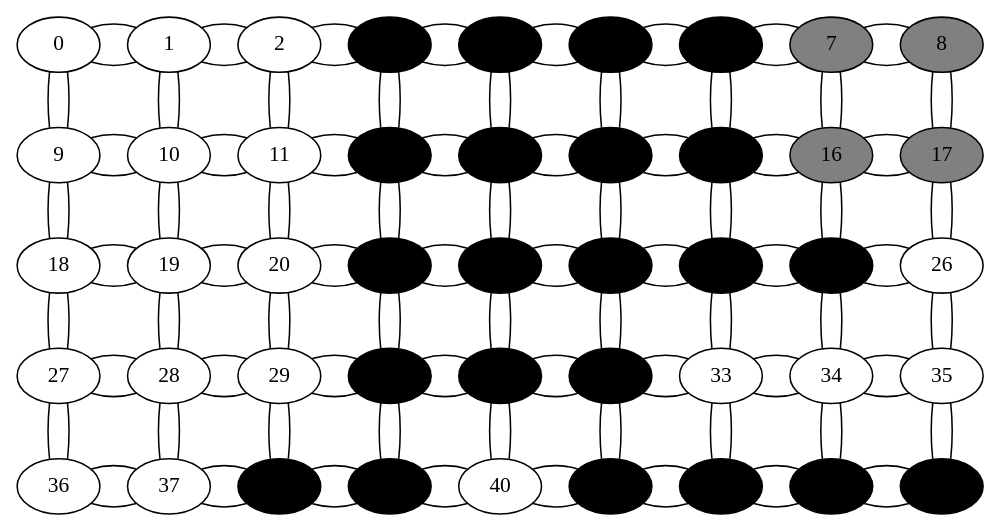
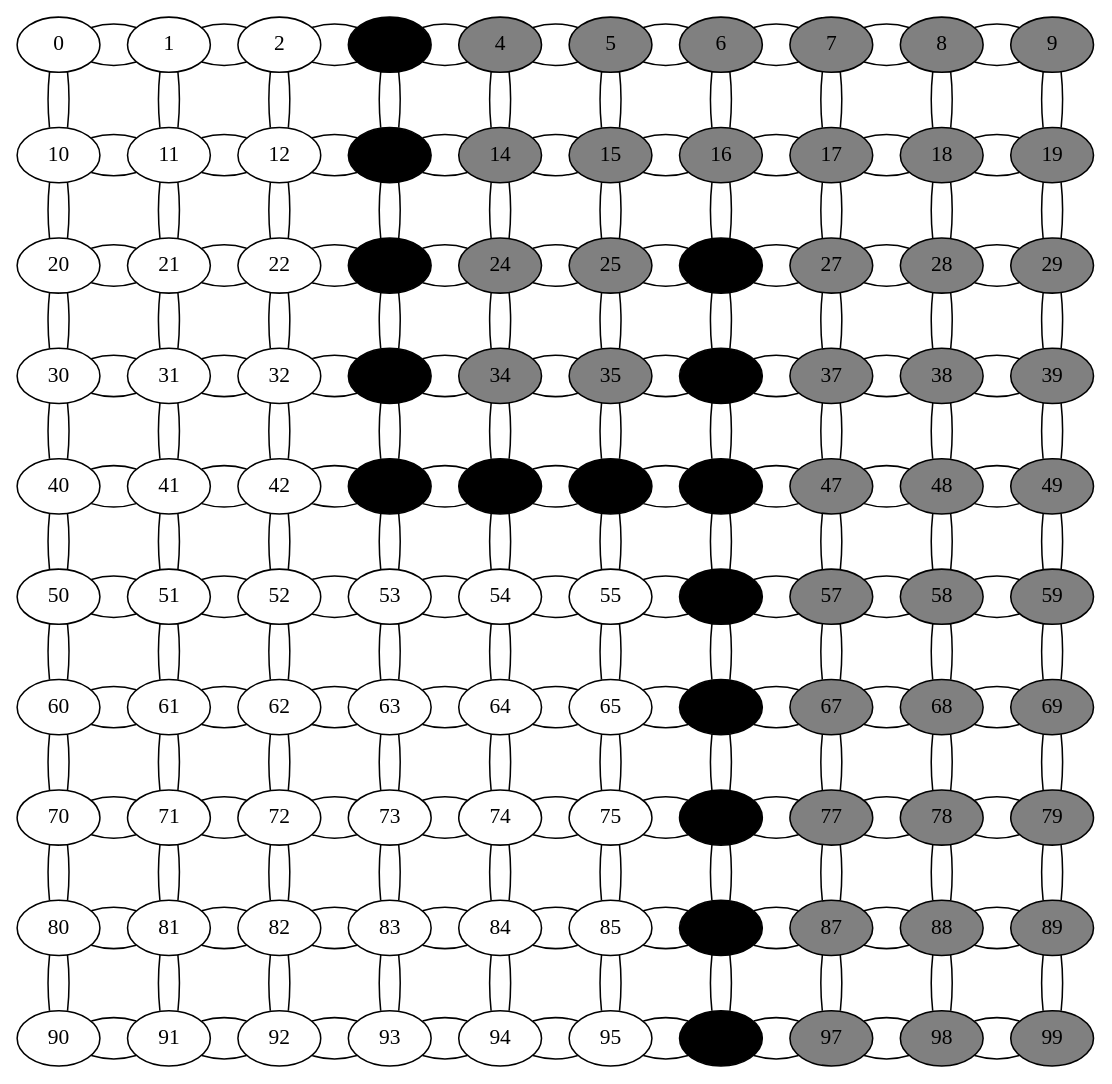
Before and after one commit to IsacSouzaCampos/grafo_c-: the diagram in graphviz.dot, drawn with Graphviz. The commit also changed 3 other files, not shown here.

```diff
--- a/graphviz.dot
+++ b/graphviz.dot
@@ -1,185 +1,427 @@
 digraph G {
 0->1[arrowhead = "none"]
-0->9[arrowhead = "none"]
+0->10[arrowhead = "none"]
 1->0[arrowhead = "none"]
 1->2[arrowhead = "none"]
-1->10[arrowhead = "none"]
+1->11[arrowhead = "none"]
 2->1[arrowhead = "none"]
 2->3[arrowhead = "none"]
-2->11[arrowhead = "none"]
+2->12[arrowhead = "none"]
 3->2[arrowhead = "none"]
 3->4[arrowhead = "none"]
-3->12[arrowhead = "none"]
+3->13[arrowhead = "none"]
 4->3[arrowhead = "none"]
 4->5[arrowhead = "none"]
-4->13[arrowhead = "none"]
+4->14[arrowhead = "none"]
 5->4[arrowhead = "none"]
 5->6[arrowhead = "none"]
-5->14[arrowhead = "none"]
+5->15[arrowhead = "none"]
 6->5[arrowhead = "none"]
 6->7[arrowhead = "none"]
-6->15[arrowhead = "none"]
+6->16[arrowhead = "none"]
 7->6[arrowhead = "none"]
 7->8[arrowhead = "none"]
-7->16[arrowhead = "none"]
+7->17[arrowhead = "none"]
 8->7[arrowhead = "none"]
-8->17[arrowhead = "none"]
-9->10[arrowhead = "none"]
-9->0[arrowhead = "none"]
-9->18[arrowhead = "none"]
-10->9[arrowhead = "none"]
+8->9[arrowhead = "none"]
+8->18[arrowhead = "none"]
+9->8[arrowhead = "none"]
+9->19[arrowhead = "none"]
 10->11[arrowhead = "none"]
-10->1[arrowhead = "none"]
-10->19[arrowhead = "none"]
+10->0[arrowhead = "none"]
+10->20[arrowhead = "none"]
 11->10[arrowhead = "none"]
 11->12[arrowhead = "none"]
-11->2[arrowhead = "none"]
-11->20[arrowhead = "none"]
+11->1[arrowhead = "none"]
+11->21[arrowhead = "none"]
 12->11[arrowhead = "none"]
 12->13[arrowhead = "none"]
-12->3[arrowhead = "none"]
-12->21[arrowhead = "none"]
+12->2[arrowhead = "none"]
+12->22[arrowhead = "none"]
 13->12[arrowhead = "none"]
 13->14[arrowhead = "none"]
-13->4[arrowhead = "none"]
-13->22[arrowhead = "none"]
+13->3[arrowhead = "none"]
+13->23[arrowhead = "none"]
 14->13[arrowhead = "none"]
 14->15[arrowhead = "none"]
-14->5[arrowhead = "none"]
-14->23[arrowhead = "none"]
+14->4[arrowhead = "none"]
+14->24[arrowhead = "none"]
 15->14[arrowhead = "none"]
 15->16[arrowhead = "none"]
-15->6[arrowhead = "none"]
-15->24[arrowhead = "none"]
+15->5[arrowhead = "none"]
+15->25[arrowhead = "none"]
 16->15[arrowhead = "none"]
 16->17[arrowhead = "none"]
-16->7[arrowhead = "none"]
-16->25[arrowhead = "none"]
+16->6[arrowhead = "none"]
+16->26[arrowhead = "none"]
 17->16[arrowhead = "none"]
-17->8[arrowhead = "none"]
-17->26[arrowhead = "none"]
+17->18[arrowhead = "none"]
+17->7[arrowhead = "none"]
+17->27[arrowhead = "none"]
+18->17[arrowhead = "none"]
 18->19[arrowhead = "none"]
-18->9[arrowhead = "none"]
-18->27[arrowhead = "none"]
+18->8[arrowhead = "none"]
+18->28[arrowhead = "none"]
 19->18[arrowhead = "none"]
-19->20[arrowhead = "none"]
-19->10[arrowhead = "none"]
-19->28[arrowhead = "none"]
-20->19[arrowhead = "none"]
+19->9[arrowhead = "none"]
+19->29[arrowhead = "none"]
 20->21[arrowhead = "none"]
-20->11[arrowhead = "none"]
-20->29[arrowhead = "none"]
+20->10[arrowhead = "none"]
+20->30[arrowhead = "none"]
 21->20[arrowhead = "none"]
 21->22[arrowhead = "none"]
-21->12[arrowhead = "none"]
-21->30[arrowhead = "none"]
+21->11[arrowhead = "none"]
+21->31[arrowhead = "none"]
 22->21[arrowhead = "none"]
 22->23[arrowhead = "none"]
-22->13[arrowhead = "none"]
-22->31[arrowhead = "none"]
+22->12[arrowhead = "none"]
+22->32[arrowhead = "none"]
 23->22[arrowhead = "none"]
 23->24[arrowhead = "none"]
-23->14[arrowhead = "none"]
-23->32[arrowhead = "none"]
+23->13[arrowhead = "none"]
+23->33[arrowhead = "none"]
 24->23[arrowhead = "none"]
 24->25[arrowhead = "none"]
-24->15[arrowhead = "none"]
-24->33[arrowhead = "none"]
+24->14[arrowhead = "none"]
+24->34[arrowhead = "none"]
 25->24[arrowhead = "none"]
 25->26[arrowhead = "none"]
-25->16[arrowhead = "none"]
-25->34[arrowhead = "none"]
+25->15[arrowhead = "none"]
+25->35[arrowhead = "none"]
 26->25[arrowhead = "none"]
-26->17[arrowhead = "none"]
-26->35[arrowhead = "none"]
+26->27[arrowhead = "none"]
+26->16[arrowhead = "none"]
+26->36[arrowhead = "none"]
+27->26[arrowhead = "none"]
 27->28[arrowhead = "none"]
-27->18[arrowhead = "none"]
-27->36[arrowhead = "none"]
+27->17[arrowhead = "none"]
+27->37[arrowhead = "none"]
 28->27[arrowhead = "none"]
 28->29[arrowhead = "none"]
-28->19[arrowhead = "none"]
-28->37[arrowhead = "none"]
+28->18[arrowhead = "none"]
+28->38[arrowhead = "none"]
 29->28[arrowhead = "none"]
-29->30[arrowhead = "none"]
-29->20[arrowhead = "none"]
-29->38[arrowhead = "none"]
-30->29[arrowhead = "none"]
+29->19[arrowhead = "none"]
+29->39[arrowhead = "none"]
 30->31[arrowhead = "none"]
-30->21[arrowhead = "none"]
-30->39[arrowhead = "none"]
+30->20[arrowhead = "none"]
+30->40[arrowhead = "none"]
 31->30[arrowhead = "none"]
 31->32[arrowhead = "none"]
-31->22[arrowhead = "none"]
-31->40[arrowhead = "none"]
+31->21[arrowhead = "none"]
+31->41[arrowhead = "none"]
 32->31[arrowhead = "none"]
 32->33[arrowhead = "none"]
-32->23[arrowhead = "none"]
-32->41[arrowhead = "none"]
+32->22[arrowhead = "none"]
+32->42[arrowhead = "none"]
 33->32[arrowhead = "none"]
 33->34[arrowhead = "none"]
-33->24[arrowhead = "none"]
-33->42[arrowhead = "none"]
+33->23[arrowhead = "none"]
+33->43[arrowhead = "none"]
 34->33[arrowhead = "none"]
 34->35[arrowhead = "none"]
-34->25[arrowhead = "none"]
-34->43[arrowhead = "none"]
+34->24[arrowhead = "none"]
+34->44[arrowhead = "none"]
 35->34[arrowhead = "none"]
-35->26[arrowhead = "none"]
-35->44[arrowhead = "none"]
+35->36[arrowhead = "none"]
+35->25[arrowhead = "none"]
+35->45[arrowhead = "none"]
+36->35[arrowhead = "none"]
 36->37[arrowhead = "none"]
-36->27[arrowhead = "none"]
+36->26[arrowhead = "none"]
+36->46[arrowhead = "none"]
 37->36[arrowhead = "none"]
 37->38[arrowhead = "none"]
-37->28[arrowhead = "none"]
+37->27[arrowhead = "none"]
+37->47[arrowhead = "none"]
 38->37[arrowhead = "none"]
 38->39[arrowhead = "none"]
-38->29[arrowhead = "none"]
+38->28[arrowhead = "none"]
+38->48[arrowhead = "none"]
 39->38[arrowhead = "none"]
-39->40[arrowhead = "none"]
-39->30[arrowhead = "none"]
-40->39[arrowhead = "none"]
+39->29[arrowhead = "none"]
+39->49[arrowhead = "none"]
 40->41[arrowhead = "none"]
-40->31[arrowhead = "none"]
+40->30[arrowhead = "none"]
+40->50[arrowhead = "none"]
 41->40[arrowhead = "none"]
 41->42[arrowhead = "none"]
-41->32[arrowhead = "none"]
+41->31[arrowhead = "none"]
+41->51[arrowhead = "none"]
 42->41[arrowhead = "none"]
 42->43[arrowhead = "none"]
-42->33[arrowhead = "none"]
+42->32[arrowhead = "none"]
+42->52[arrowhead = "none"]
 43->42[arrowhead = "none"]
 43->44[arrowhead = "none"]
-43->34[arrowhead = "none"]
+43->33[arrowhead = "none"]
+43->53[arrowhead = "none"]
 44->43[arrowhead = "none"]
-44->35[arrowhead = "none"]
-{rank = same; 0 1 2 3 4 5 6 7 8 }
-{rank = same; 9 10 11 12 13 14 15 16 17 }
-{rank = same; 18 19 20 21 22 23 24 25 26 }
-{rank = same; 27 28 29 30 31 32 33 34 35 }
-{rank = same; 36 37 38 39 40 41 42 43 44 }
+44->45[arrowhead = "none"]
+44->34[arrowhead = "none"]
+44->54[arrowhead = "none"]
+45->44[arrowhead = "none"]
+45->46[arrowhead = "none"]
+45->35[arrowhead = "none"]
+45->55[arrowhead = "none"]
+46->45[arrowhead = "none"]
+46->47[arrowhead = "none"]
+46->36[arrowhead = "none"]
+46->56[arrowhead = "none"]
+47->46[arrowhead = "none"]
+47->48[arrowhead = "none"]
+47->37[arrowhead = "none"]
+47->57[arrowhead = "none"]
+48->47[arrowhead = "none"]
+48->49[arrowhead = "none"]
+48->38[arrowhead = "none"]
+48->58[arrowhead = "none"]
+49->48[arrowhead = "none"]
+49->39[arrowhead = "none"]
+49->59[arrowhead = "none"]
+50->51[arrowhead = "none"]
+50->40[arrowhead = "none"]
+50->60[arrowhead = "none"]
+51->50[arrowhead = "none"]
+51->52[arrowhead = "none"]
+51->41[arrowhead = "none"]
+51->61[arrowhead = "none"]
+52->51[arrowhead = "none"]
+52->53[arrowhead = "none"]
+52->42[arrowhead = "none"]
+52->62[arrowhead = "none"]
+53->52[arrowhead = "none"]
+53->54[arrowhead = "none"]
+53->43[arrowhead = "none"]
+53->63[arrowhead = "none"]
+54->53[arrowhead = "none"]
+54->55[arrowhead = "none"]
+54->44[arrowhead = "none"]
+54->64[arrowhead = "none"]
+55->54[arrowhead = "none"]
+55->56[arrowhead = "none"]
+55->45[arrowhead = "none"]
+55->65[arrowhead = "none"]
+56->55[arrowhead = "none"]
+56->57[arrowhead = "none"]
+56->46[arrowhead = "none"]
+56->66[arrowhead = "none"]
+57->56[arrowhead = "none"]
+57->58[arrowhead = "none"]
+57->47[arrowhead = "none"]
+57->67[arrowhead = "none"]
+58->57[arrowhead = "none"]
+58->59[arrowhead = "none"]
+58->48[arrowhead = "none"]
+58->68[arrowhead = "none"]
+59->58[arrowhead = "none"]
+59->49[arrowhead = "none"]
+59->69[arrowhead = "none"]
+60->61[arrowhead = "none"]
+60->50[arrowhead = "none"]
+60->70[arrowhead = "none"]
+61->60[arrowhead = "none"]
+61->62[arrowhead = "none"]
+61->51[arrowhead = "none"]
+61->71[arrowhead = "none"]
+62->61[arrowhead = "none"]
+62->63[arrowhead = "none"]
+62->52[arrowhead = "none"]
+62->72[arrowhead = "none"]
+63->62[arrowhead = "none"]
+63->64[arrowhead = "none"]
+63->53[arrowhead = "none"]
+63->73[arrowhead = "none"]
+64->63[arrowhead = "none"]
+64->65[arrowhead = "none"]
+64->54[arrowhead = "none"]
+64->74[arrowhead = "none"]
+65->64[arrowhead = "none"]
+65->66[arrowhead = "none"]
+65->55[arrowhead = "none"]
+65->75[arrowhead = "none"]
+66->65[arrowhead = "none"]
+66->67[arrowhead = "none"]
+66->56[arrowhead = "none"]
+66->76[arrowhead = "none"]
+67->66[arrowhead = "none"]
+67->68[arrowhead = "none"]
+67->57[arrowhead = "none"]
+67->77[arrowhead = "none"]
+68->67[arrowhead = "none"]
+68->69[arrowhead = "none"]
+68->58[arrowhead = "none"]
+68->78[arrowhead = "none"]
+69->68[arrowhead = "none"]
+69->59[arrowhead = "none"]
+69->79[arrowhead = "none"]
+70->71[arrowhead = "none"]
+70->60[arrowhead = "none"]
+70->80[arrowhead = "none"]
+71->70[arrowhead = "none"]
+71->72[arrowhead = "none"]
+71->61[arrowhead = "none"]
+71->81[arrowhead = "none"]
+72->71[arrowhead = "none"]
+72->73[arrowhead = "none"]
+72->62[arrowhead = "none"]
+72->82[arrowhead = "none"]
+73->72[arrowhead = "none"]
+73->74[arrowhead = "none"]
+73->63[arrowhead = "none"]
+73->83[arrowhead = "none"]
+74->73[arrowhead = "none"]
+74->75[arrowhead = "none"]
+74->64[arrowhead = "none"]
+74->84[arrowhead = "none"]
+75->74[arrowhead = "none"]
+75->76[arrowhead = "none"]
+75->65[arrowhead = "none"]
+75->85[arrowhead = "none"]
+76->75[arrowhead = "none"]
+76->77[arrowhead = "none"]
+76->66[arrowhead = "none"]
+76->86[arrowhead = "none"]
+77->76[arrowhead = "none"]
+77->78[arrowhead = "none"]
+77->67[arrowhead = "none"]
+77->87[arrowhead = "none"]
+78->77[arrowhead = "none"]
+78->79[arrowhead = "none"]
+78->68[arrowhead = "none"]
+78->88[arrowhead = "none"]
+79->78[arrowhead = "none"]
+79->69[arrowhead = "none"]
+79->89[arrowhead = "none"]
+80->81[arrowhead = "none"]
+80->70[arrowhead = "none"]
+80->90[arrowhead = "none"]
+81->80[arrowhead = "none"]
+81->82[arrowhead = "none"]
+81->71[arrowhead = "none"]
+81->91[arrowhead = "none"]
+82->81[arrowhead = "none"]
+82->83[arrowhead = "none"]
+82->72[arrowhead = "none"]
+82->92[arrowhead = "none"]
+83->82[arrowhead = "none"]
+83->84[arrowhead = "none"]
+83->73[arrowhead = "none"]
+83->93[arrowhead = "none"]
+84->83[arrowhead = "none"]
+84->85[arrowhead = "none"]
+84->74[arrowhead = "none"]
+84->94[arrowhead = "none"]
+85->84[arrowhead = "none"]
+85->86[arrowhead = "none"]
+85->75[arrowhead = "none"]
+85->95[arrowhead = "none"]
+86->85[arrowhead = "none"]
+86->87[arrowhead = "none"]
+86->76[arrowhead = "none"]
+86->96[arrowhead = "none"]
+87->86[arrowhead = "none"]
+87->88[arrowhead = "none"]
+87->77[arrowhead = "none"]
+87->97[arrowhead = "none"]
+88->87[arrowhead = "none"]
+88->89[arrowhead = "none"]
+88->78[arrowhead = "none"]
+88->98[arrowhead = "none"]
+89->88[arrowhead = "none"]
+89->79[arrowhead = "none"]
+89->99[arrowhead = "none"]
+90->91[arrowhead = "none"]
+90->80[arrowhead = "none"]
+91->90[arrowhead = "none"]
+91->92[arrowhead = "none"]
+91->81[arrowhead = "none"]
+92->91[arrowhead = "none"]
+92->93[arrowhead = "none"]
+92->82[arrowhead = "none"]
+93->92[arrowhead = "none"]
+93->94[arrowhead = "none"]
+93->83[arrowhead = "none"]
+94->93[arrowhead = "none"]
+94->95[arrowhead = "none"]
+94->84[arrowhead = "none"]
+95->94[arrowhead = "none"]
+95->96[arrowhead = "none"]
+95->85[arrowhead = "none"]
+96->95[arrowhead = "none"]
+96->97[arrowhead = "none"]
+96->86[arrowhead = "none"]
+97->96[arrowhead = "none"]
+97->98[arrowhead = "none"]
+97->87[arrowhead = "none"]
+98->97[arrowhead = "none"]
+98->99[arrowhead = "none"]
+98->88[arrowhead = "none"]
+99->98[arrowhead = "none"]
+99->89[arrowhead = "none"]
+{rank = same; 0 1 2 3 4 5 6 7 8 9 }
+{rank = same; 10 11 12 13 14 15 16 17 18 19 }
+{rank = same; 20 21 22 23 24 25 26 27 28 29 }
+{rank = same; 30 31 32 33 34 35 36 37 38 39 }
+{rank = same; 40 41 42 43 44 45 46 47 48 49 }
+{rank = same; 50 51 52 53 54 55 56 57 58 59 }
+{rank = same; 60 61 62 63 64 65 66 67 68 69 }
+{rank = same; 70 71 72 73 74 75 76 77 78 79 }
+{rank = same; 80 81 82 83 84 85 86 87 88 89 }
+{rank = same; 90 91 92 93 94 95 96 97 98 99 }
 3 [style=filled, fillcolor=black]
-4 [style=filled, fillcolor=black]
-5 [style=filled, fillcolor=black]
-6 [style=filled, fillcolor=black]
+4 [style=filled, fillcolor=grey]
+5 [style=filled, fillcolor=grey]
+6 [style=filled, fillcolor=grey]
 7 [style=filled, fillcolor=grey]
 8 [style=filled, fillcolor=grey]
-12 [style=filled, fillcolor=black]
+9 [style=filled, fillcolor=grey]
 13 [style=filled, fillcolor=black]
-14 [style=filled, fillcolor=black]
-15 [style=filled, fillcolor=black]
+14 [style=filled, fillcolor=grey]
+15 [style=filled, fillcolor=grey]
 16 [style=filled, fillcolor=grey]
 17 [style=filled, fillcolor=grey]
-21 [style=filled, fillcolor=black]
-22 [style=filled, fillcolor=black]
+18 [style=filled, fillcolor=grey]
+19 [style=filled, fillcolor=grey]
 23 [style=filled, fillcolor=black]
-24 [style=filled, fillcolor=black]
-25 [style=filled, fillcolor=black]
-30 [style=filled, fillcolor=black]
-31 [style=filled, fillcolor=black]
-32 [style=filled, fillcolor=black]
-38 [style=filled, fillcolor=black]
-39 [style=filled, fillcolor=black]
-41 [style=filled, fillcolor=black]
-42 [style=filled, fillcolor=black]
+24 [style=filled, fillcolor=grey]
+25 [style=filled, fillcolor=grey]
+26 [style=filled, fillcolor=black]
+27 [style=filled, fillcolor=grey]
+28 [style=filled, fillcolor=grey]
+29 [style=filled, fillcolor=grey]
+33 [style=filled, fillcolor=black]
+34 [style=filled, fillcolor=grey]
+35 [style=filled, fillcolor=grey]
+36 [style=filled, fillcolor=black]
+37 [style=filled, fillcolor=grey]
+38 [style=filled, fillcolor=grey]
+39 [style=filled, fillcolor=grey]
 43 [style=filled, fillcolor=black]
 44 [style=filled, fillcolor=black]
+45 [style=filled, fillcolor=black]
+46 [style=filled, fillcolor=black]
+47 [style=filled, fillcolor=grey]
+48 [style=filled, fillcolor=grey]
+49 [style=filled, fillcolor=grey]
+56 [style=filled, fillcolor=black]
+57 [style=filled, fillcolor=grey]
+58 [style=filled, fillcolor=grey]
+59 [style=filled, fillcolor=grey]
+66 [style=filled, fillcolor=black]
+67 [style=filled, fillcolor=grey]
+68 [style=filled, fillcolor=grey]
+69 [style=filled, fillcolor=grey]
+76 [style=filled, fillcolor=black]
+77 [style=filled, fillcolor=grey]
+78 [style=filled, fillcolor=grey]
+79 [style=filled, fillcolor=grey]
+86 [style=filled, fillcolor=black]
+87 [style=filled, fillcolor=grey]
+88 [style=filled, fillcolor=grey]
+89 [style=filled, fillcolor=grey]
+96 [style=filled, fillcolor=black]
+97 [style=filled, fillcolor=grey]
+98 [style=filled, fillcolor=grey]
+99 [style=filled, fillcolor=grey]
 }
```
